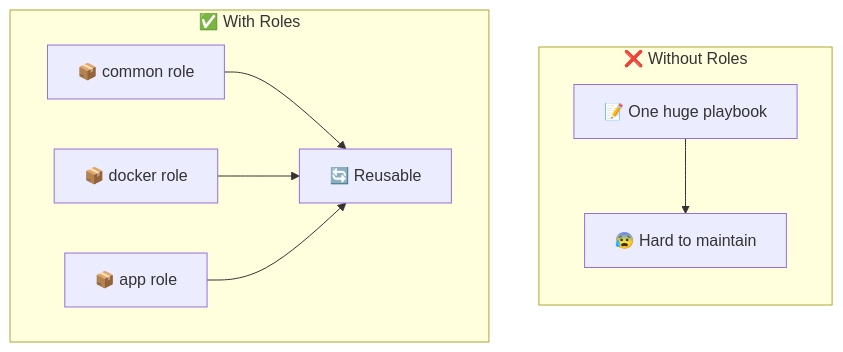
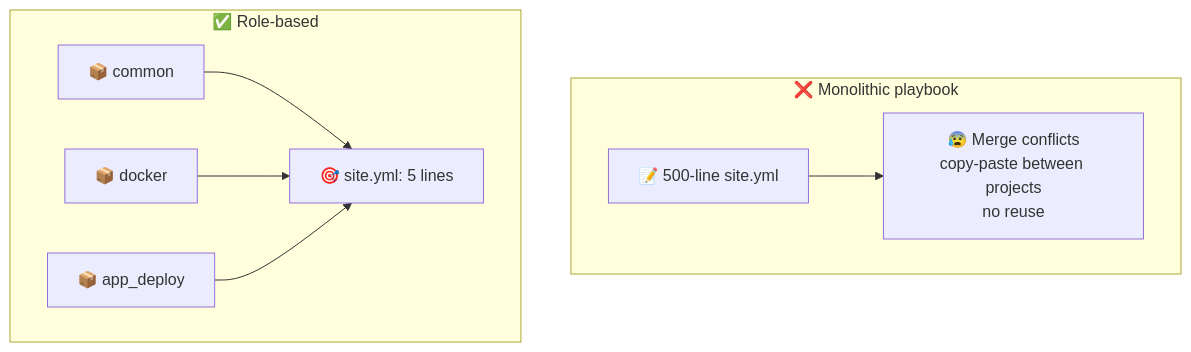
Before and after one commit to inno-devops-labs/DevOps-Core-Course: the sixth of 8 diagrams in lectures/lec5.md, drawn with Mermaid. The commit also changed other lines of this file and 24 other files, not shown here.

````diff
--- a/lectures/lec5.md
+++ b/lectures/lec5.md
@@ -331,16 +364,12 @@
 ```mermaid
 flowchart TD
-  subgraph "❌ Without Roles"
-    direction TD
-    P1[📝 One huge playbook]
-    P1 --> Problem[😰 Hard to maintain]
+  subgraph Bad["❌ Monolithic playbook"]
+    Big[📝 500-line site.yml]
+    Big --> Pain[😰 Merge conflicts<br/>copy-paste between projects<br/>no reuse]
   end
-  subgraph "✅ With Roles"
-    R1[📦 common role]
-    R2[📦 docker role]
-    R3[📦 app role]
-    R1 --> Reuse[🔄 Reusable]
-    R2 --> Reuse
-    R3 --> Reuse
+  subgraph Good["✅ Role-based"]
+    R1[📦 common] --> Use[🎯 site.yml: 5 lines]
+    R2[📦 docker] --> Use
+    R3[📦 app_deploy] --> Use
   end
 ```
````
